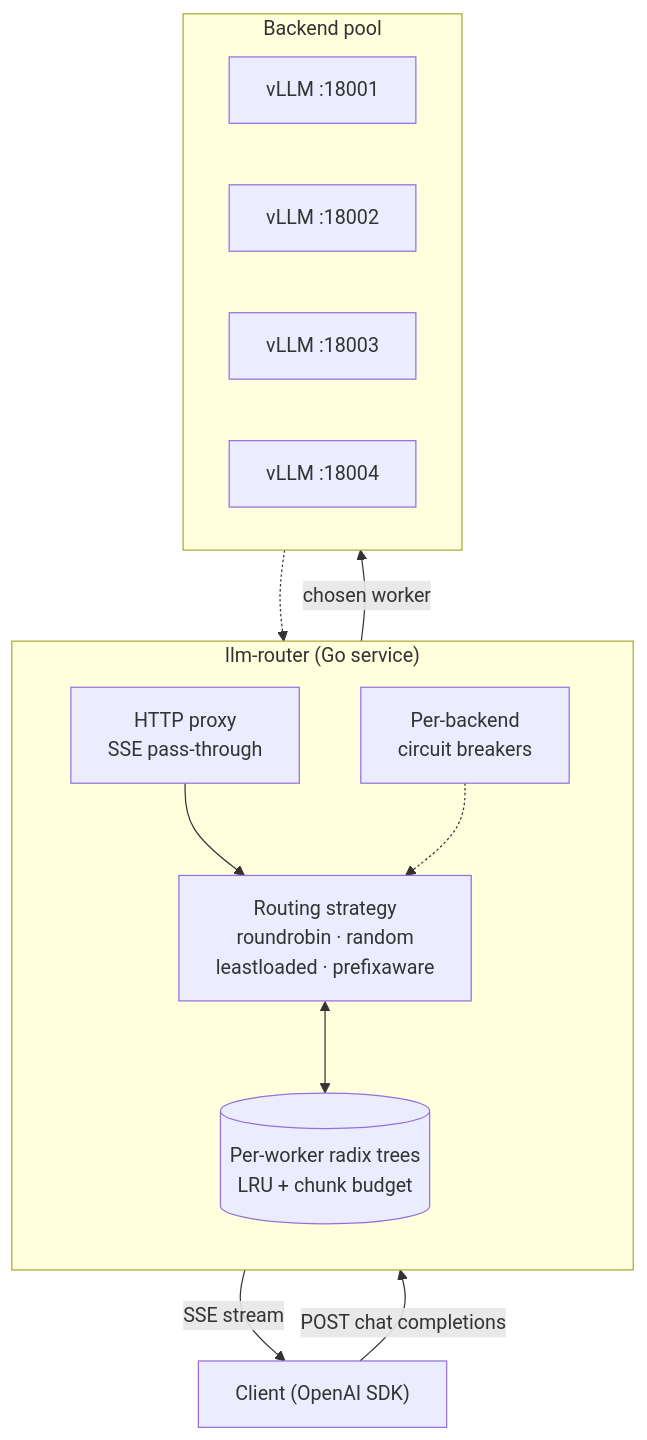
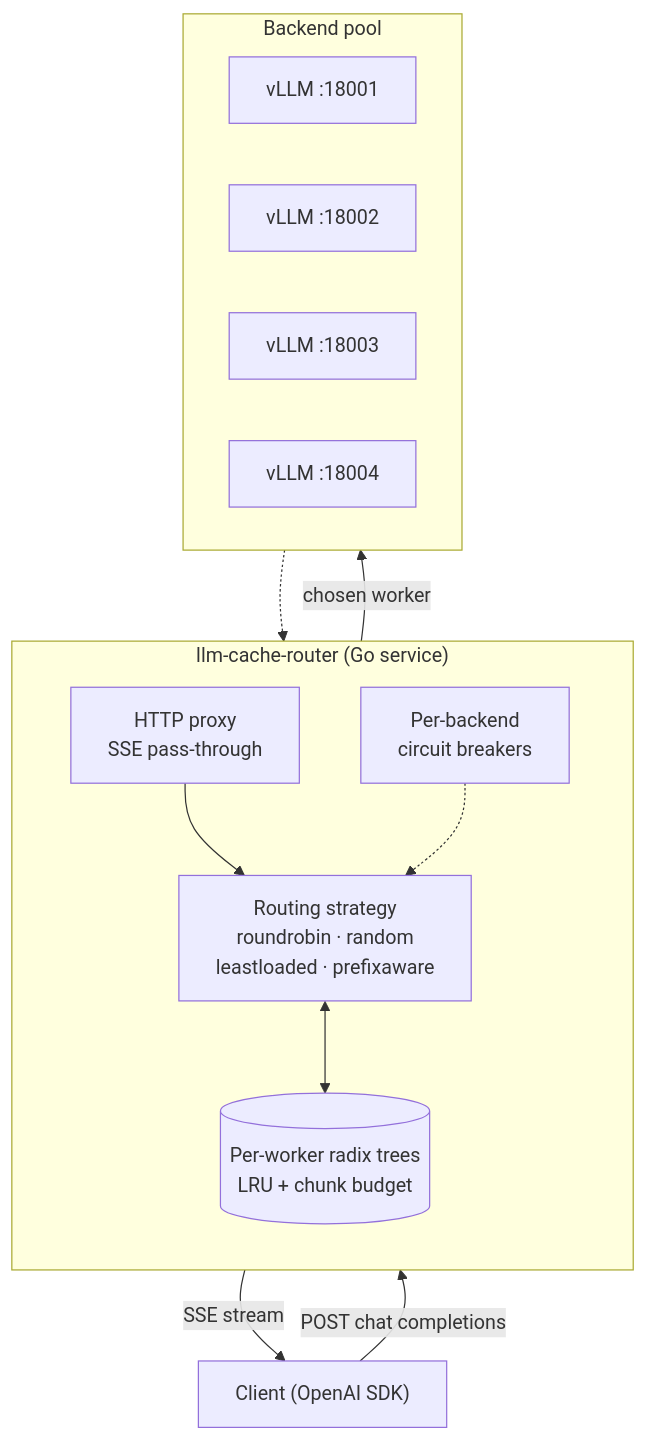
The diagram in README.md (zxuhan/llm-router), drawn with Mermaid before and after one commit. The commit also changed other lines of this file and 26 other files, not shown here.

````diff
--- a/README.md
+++ b/README.md
@@ -124,31 +129,31 @@
 ```mermaid
 flowchart TD
     Client["Client (OpenAI SDK)"]
 
     Client -->|"POST chat completions"| Proxy
 
-    subgraph Router["llm-router (Go service)"]
+    subgraph Router["llm-cache-router (Go service)"]
         direction TB
         Proxy["HTTP proxy<br/>SSE pass-through"]
         Strategy["Routing strategy<br/>roundrobin · random<br/>leastloaded · prefixaware"]
         Trees[("Per-worker radix trees<br/>LRU + chunk budget")]
         Breaker["Per-backend<br/>circuit breakers"]
 
         Proxy --> Strategy
         Strategy <--> Trees
         Breaker -.-> Strategy
     end
 
     Strategy -->|"chosen worker"| Pool
 
     subgraph Pool["Backend pool"]
         direction LR
         W0["vLLM :18001"]
         W1["vLLM :18002"]
         W2["vLLM :18003"]
         W3["vLLM :18004"]
     end
 
     Pool -.-> Proxy
     Proxy -->|"SSE stream"| Client
 ```
````
